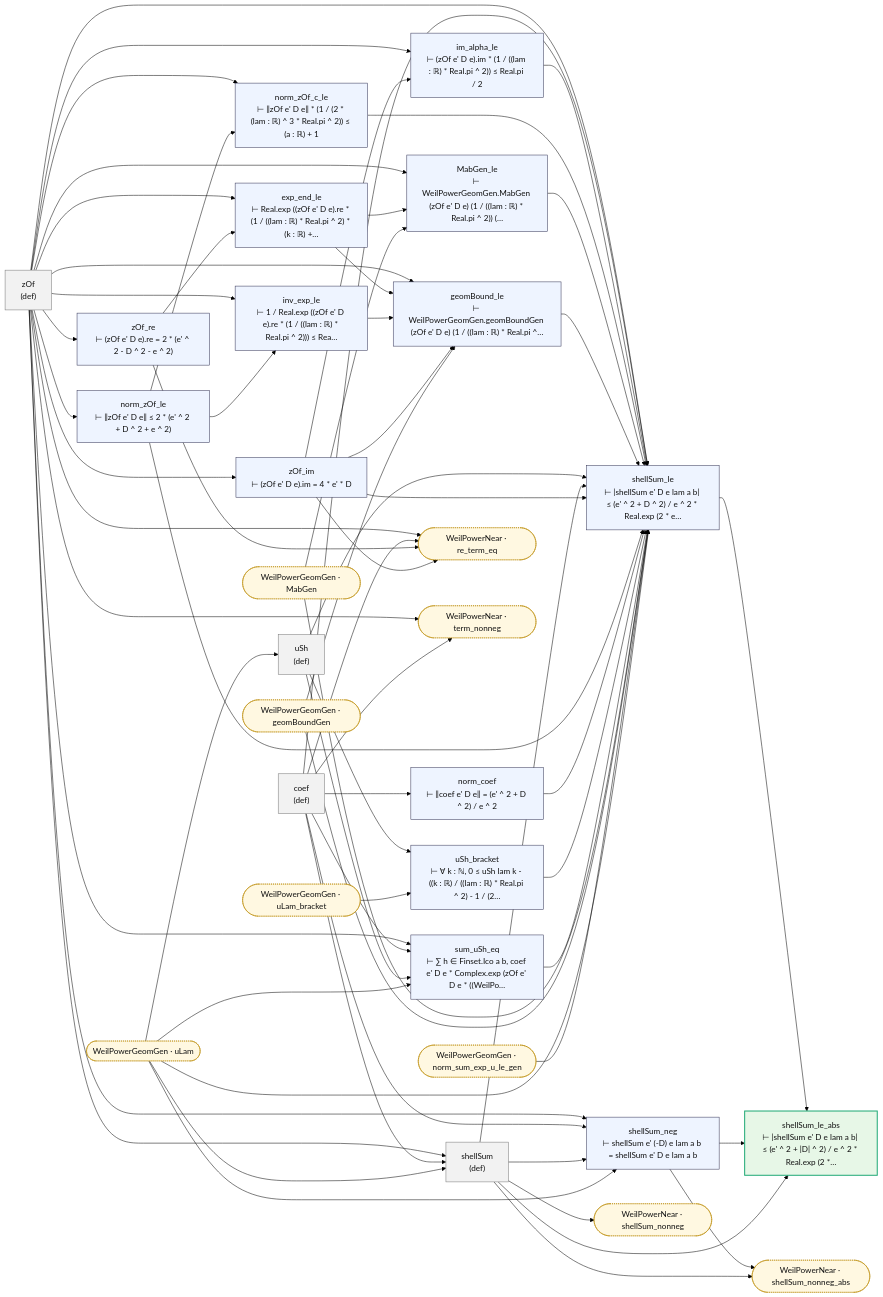
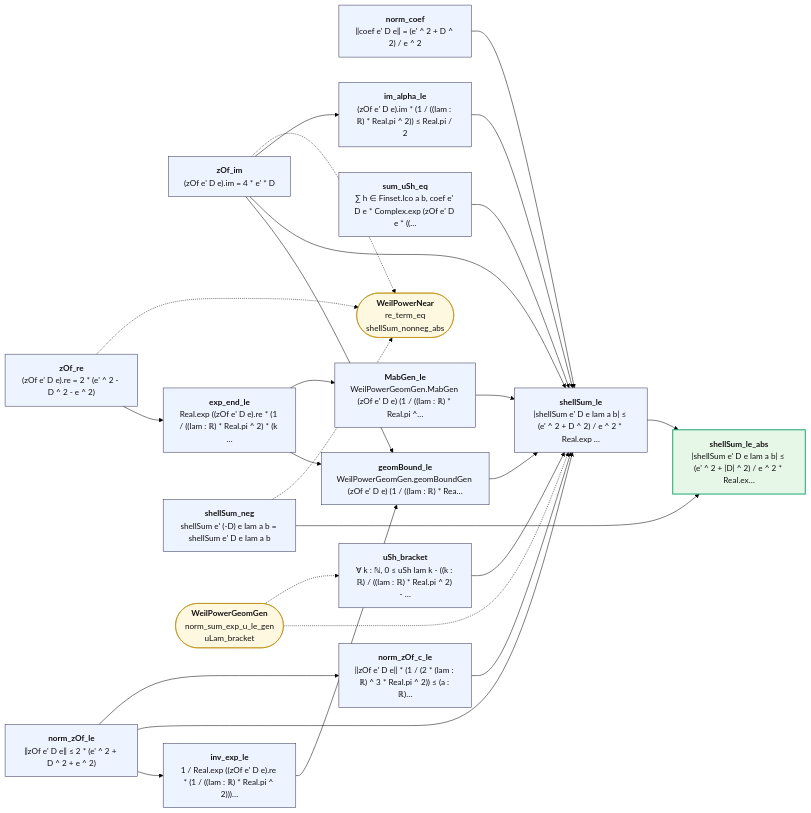
Before and after one commit to juliansambranojr/Primebeat_081426: the diagram in map/lean_stage3/WeilPowerShell.md, drawn with Mermaid (forest theme). The commit also changed other lines of this file and 387 other files, not shown here.

````diff
--- a/map/lean_stage3/WeilPowerShell.md
+++ b/map/lean_stage3/WeilPowerShell.md
@@ -8,100 +12,49 @@
 ```mermaid
 flowchart LR
-  n0["zOf<br/>(def)"]:::dfn
-  n1["coef<br/>(def)"]:::dfn
-  n2["uSh<br/>(def)"]:::dfn
-  n3["shellSum<br/>(def)"]:::dfn
-  n4["zOf_re<br/>⊢ (zOf e' D e).re = 2 * (e' ^ 2 - D ^ 2 - e ^ 2)"]:::thm
-  n5["zOf_im<br/>⊢ (zOf e' D e).im = 4 * e' * D"]:::thm
-  n6["norm_zOf_le<br/>⊢ ‖zOf e' D e‖ ≤ 2 * (e' ^ 2 + D ^ 2 + e ^ 2)"]:::thm
-  n7["norm_coef<br/>⊢ ‖coef e' D e‖ = (e' ^ 2 + D ^ 2) / e ^ 2"]:::thm
-  n8["uSh_bracket<br/>⊢ ∀ k : ℕ, 0 ≤ uSh lam k - ((k : ℝ) / ((lam : ℝ) * Real.pi ^ 2) - 1 / (2…"]:::thm
-  n9["sum_uSh_eq<br/>⊢ ∑ h ∈ Finset.Ico a b, coef e' D e * Complex.exp (zOf e' D e * ((WeilPo…"]:::thm
-  n10["im_alpha_le<br/>⊢ (zOf e' D e).im * (1 / ((lam : ℝ) * Real.pi ^ 2)) ≤ Real.pi / 2"]:::thm
-  n11["norm_zOf_c_le<br/>⊢ ‖zOf e' D e‖ * (1 / (2 * (lam : ℝ) ^ 3 * Real.pi ^ 2)) ≤ (a : ℝ) + 1"]:::thm
-  n12["exp_end_le<br/>⊢ Real.exp ((zOf e' D e).re * (1 / ((lam : ℝ) * Real.pi ^ 2) * (k : ℝ) +…"]:::thm
-  n13["MabGen_le<br/>⊢ WeilPowerGeomGen.MabGen (zOf e' D e) (1 / ((lam : ℝ) * Real.pi ^ 2)) (…"]:::thm
-  n14["inv_exp_le<br/>⊢ 1 / Real.exp ((zOf e' D e).re * (1 / ((lam : ℝ) * Real.pi ^ 2))) ≤ Rea…"]:::thm
-  n15["geomBound_le<br/>⊢ WeilPowerGeomGen.geomBoundGen (zOf e' D e) (1 / ((lam : ℝ) * Real.pi ^…"]:::thm
-  n16["shellSum_le<br/>⊢ |shellSum e' D e lam a b| ≤ (e' ^ 2 + D ^ 2) / e ^ 2 * Real.exp (2 * e…"]:::thm
-  n17["shellSum_neg<br/>⊢ shellSum e' (-D) e lam a b = shellSum e' D e lam a b"]:::thm
-  n18["shellSum_le_abs<br/>⊢ |shellSum e' D e lam a b| ≤ (e' ^ 2 + |D| ^ 2) / e ^ 2 * Real.exp (2 *…"]:::end_
-  x0(["WeilPowerGeomGen · MabGen"]):::ext
-  x1(["WeilPowerGeomGen · geomBoundGen"]):::ext
-  x2(["WeilPowerGeomGen · norm_sum_exp_u_le_gen"]):::ext
-  x3(["WeilPowerGeomGen · uLam"]):::ext
-  x4(["WeilPowerGeomGen · uLam_bracket"]):::ext
-  x5(["WeilPowerNear · re_term_eq"]):::ext
-  x6(["WeilPowerNear · shellSum_nonneg"]):::ext
-  x7(["WeilPowerNear · shellSum_nonneg_abs"]):::ext
-  x8(["WeilPowerNear · term_nonneg"]):::ext
-  n0 --> n10
-  n0 --> n11
-  n0 --> n12
-  n0 --> n13
-  n0 --> n14
-  n0 --> n15
-  n0 --> n16
-  n0 --> n17
-  n0 --> n3
-  n0 --> n4
-  n0 --> n5
-  n0 --> n6
-  n0 --> n9
-  n0 --> x5
-  n0 --> x8
-  n1 --> n16
-  n1 --> n17
-  n1 --> n3
-  n1 --> n7
-  n1 --> n9
-  n1 --> x5
-  n1 --> x8
-  n10 --> n16
-  n11 --> n16
-  n12 --> n13
-  n12 --> n15
-  n13 --> n16
-  n14 --> n15
-  n15 --> n16
-  n16 --> n18
-  n17 --> n18
-  n17 --> x7
-  n2 --> n16
-  n2 --> n8
-  n2 --> n9
-  n3 --> n16
-  n3 --> n17
-  n3 --> n18
-  n3 --> x6
-  n3 --> x7
+  n0["<b>zOf_re</b><br/>(zOf e' D e).re = 2 * (e' ^ 2 - D ^ 2 - e ^ 2)"]:::thm
+  n1["<b>zOf_im</b><br/>(zOf e' D e).im = 4 * e' * D"]:::thm
+  n2["<b>norm_zOf_le</b><br/>‖zOf e' D e‖ ≤ 2 * (e' ^ 2 + D ^ 2 + e ^ 2)"]:::thm
+  n3["<b>norm_coef</b><br/>‖coef e' D e‖ = (e' ^ 2 + D ^ 2) / e ^ 2"]:::thm
+  n4["<b>uSh_bracket</b><br/>∀ k : ℕ, 0 ≤ uSh lam k - ((k : ℝ) / ((lam : ℝ) * Real.pi ^ 2) - …"]:::thm
+  n5["<b>sum_uSh_eq</b><br/>∑ h ∈ Finset.Ico a b, coef e' D e * Complex.exp (zOf e' D e * ((…"]:::thm
+  n6["<b>im_alpha_le</b><br/>(zOf e' D e).im * (1 / ((lam : ℝ) * Real.pi ^ 2)) ≤ Real.pi / 2"]:::thm
+  n7["<b>norm_zOf_c_le</b><br/>‖zOf e' D e‖ * (1 / (2 * (lam : ℝ) ^ 3 * Real.pi ^ 2)) ≤ (a : ℝ)…"]:::thm
+  n8["<b>exp_end_le</b><br/>Real.exp ((zOf e' D e).re * (1 / ((lam : ℝ) * Real.pi ^ 2) * (k …"]:::thm
+  n9["<b>MabGen_le</b><br/>WeilPowerGeomGen.MabGen (zOf e' D e) (1 / ((lam : ℝ) * Real.pi ^…"]:::thm
+  n10["<b>inv_exp_le</b><br/>1 / Real.exp ((zOf e' D e).re * (1 / ((lam : ℝ) * Real.pi ^ 2)))…"]:::thm
+  n11["<b>geomBound_le</b><br/>WeilPowerGeomGen.geomBoundGen (zOf e' D e) (1 / ((lam : ℝ) * Rea…"]:::thm
+  n12["<b>shellSum_le</b><br/>|shellSum e' D e lam a b| ≤ (e' ^ 2 + D ^ 2) / e ^ 2 * Real.exp …"]:::thm
+  n13["<b>shellSum_neg</b><br/>shellSum e' (-D) e lam a b = shellSum e' D e lam a b"]:::thm
+  n14["<b>shellSum_le_abs</b><br/>|shellSum e' D e lam a b| ≤ (e' ^ 2 + |D| ^ 2) / e ^ 2 * Real.ex…"]:::end_
+  x0(["<b>WeilPowerNear</b><br/>re_term_eq<br/>shellSum_nonneg_abs"]):::ext
+  x1(["<b>WeilPowerGeomGen</b><br/>norm_sum_exp_u_le_gen<br/>uLam_bracket"]):::ext
+  n0 --> n8
+  n1 --> n11
+  n1 --> n12
+  n1 --> n6
+  n10 --> n11
+  n11 --> n12
+  n12 --> n14
+  n13 --> n14
+  n2 --> n10
+  n2 --> n12
+  n2 --> n7
+  n3 --> n12
   n4 --> n12
-  n4 --> x5
-  n5 --> n10
-  n5 --> n15
-  n5 --> n16
-  n5 --> x5
-  n6 --> n11
-  n6 --> n14
-  n6 --> n16
-  n7 --> n16
-  n8 --> n16
-  n9 --> n16
-  x0 --> n13
-  x0 --> n16
-  x1 --> n15
-  x1 --> n16
-  x2 --> n16
-  x3 --> n16
-  x3 --> n17
-  x3 --> n2
-  x3 --> n3
-  x3 --> n9
-  x4 --> n8
+  n5 --> n12
+  n6 --> n12
+  n7 --> n12
+  n8 --> n11
+  n8 --> n9
+  n9 --> n12
+  n0 -.-> x0
+  n1 -.-> x0
+  n13 -.-> x0
+  x1 -.-> n12
+  x1 -.-> n4
   classDef thm fill:#eef4ff,stroke:#335,color:#111
-  classDef dfn fill:#f2f2f2,stroke:#777,color:#111
   classDef end_ fill:#e7f7e7,stroke:#2a7,color:#111,stroke-width:2px
   classDef lone fill:#fff,stroke:#999,color:#111,stroke-dasharray:4 3
   classDef bad fill:#ffe5e5,stroke:#c22,color:#111,stroke-width:2px
-  classDef ext fill:#fff8e1,stroke:#b80,color:#111,stroke-dasharray:2 2
+  classDef ext fill:#fff8e1,stroke:#b80,color:#111
 ```
````
